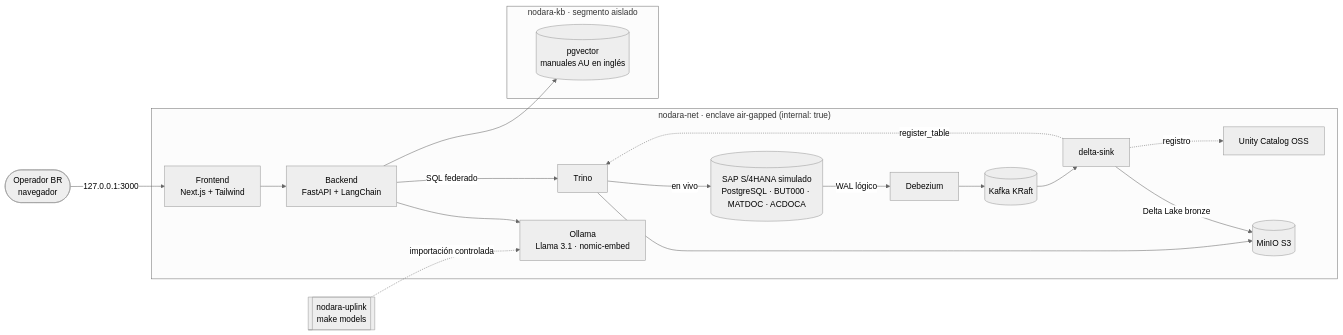
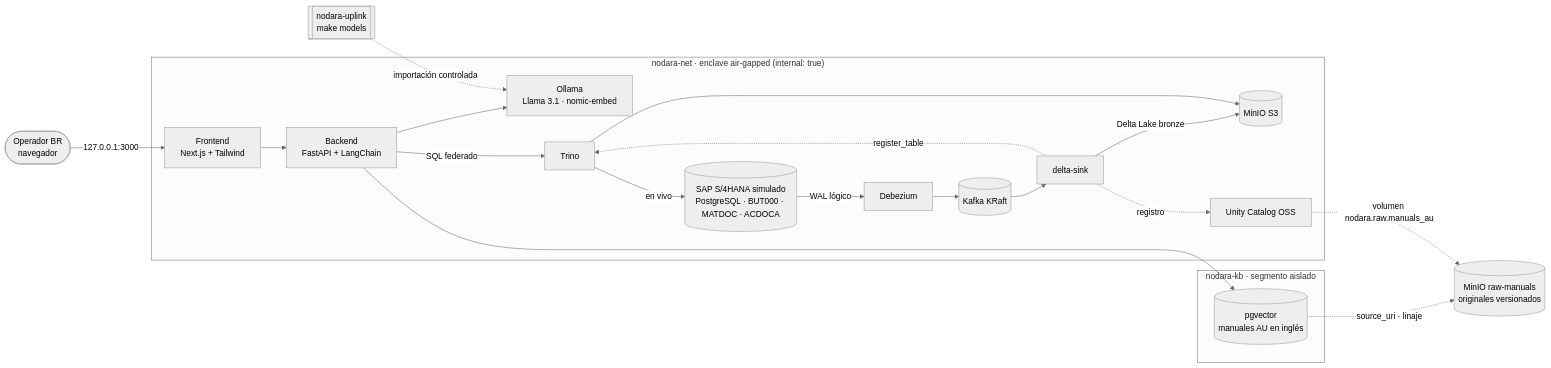
Before and after one commit to LTVitoto/nodara-br-rag: the diagram in README.md, drawn with Mermaid (neutral theme). The commit also changed other lines of this file and 27 other files, not shown here.

Commit message:
feat: add raw docs to MinIO, multi-language UI toggle and tech debt tracking

````diff
--- a/README.md
+++ b/README.md
@@ -20,23 +22,26 @@
 ```mermaid
 flowchart LR
   OP([Operador BR<br/>navegador]) -->|127.0.0.1:3000| FE
 
   subgraph ENCLAVE["nodara-net · enclave air-gapped (internal: true)"]
     FE[Frontend<br/>Next.js + Tailwind] --> BE[Backend<br/>FastAPI + LangChain]
     BE --> OL[Ollama<br/>Llama 3.1 · nomic-embed]
     BE -->|SQL federado| TR[Trino]
     S4[(SAP S/4HANA simulado<br/>PostgreSQL · BUT000 · MATDOC · ACDOCA)] -->|WAL lógico| DBZ[Debezium]
     DBZ --> KF[(Kafka KRaft)] --> DS[delta-sink]
     DS -->|Delta Lake bronze| MN[(MinIO S3)]
     DS -.->|registro| UC[Unity Catalog OSS]
     DS -.->|register_table| TR
     TR --> MN
     TR -->|en vivo| S4
   end
 
   subgraph KB["nodara-kb · segmento aislado"]
     VDB[(pgvector<br/>manuales AU en inglés)]
   end
   BE --> VDB
+  RAW[(MinIO raw-manuals<br/>originales versionados)]
+  VDB -.->|source_uri · linaje| RAW
+  UC -.->|volumen nodara.raw.manuals_au| RAW
   UP[[nodara-uplink<br/>make models]] -.->|importación controlada| OL
 ```
````
